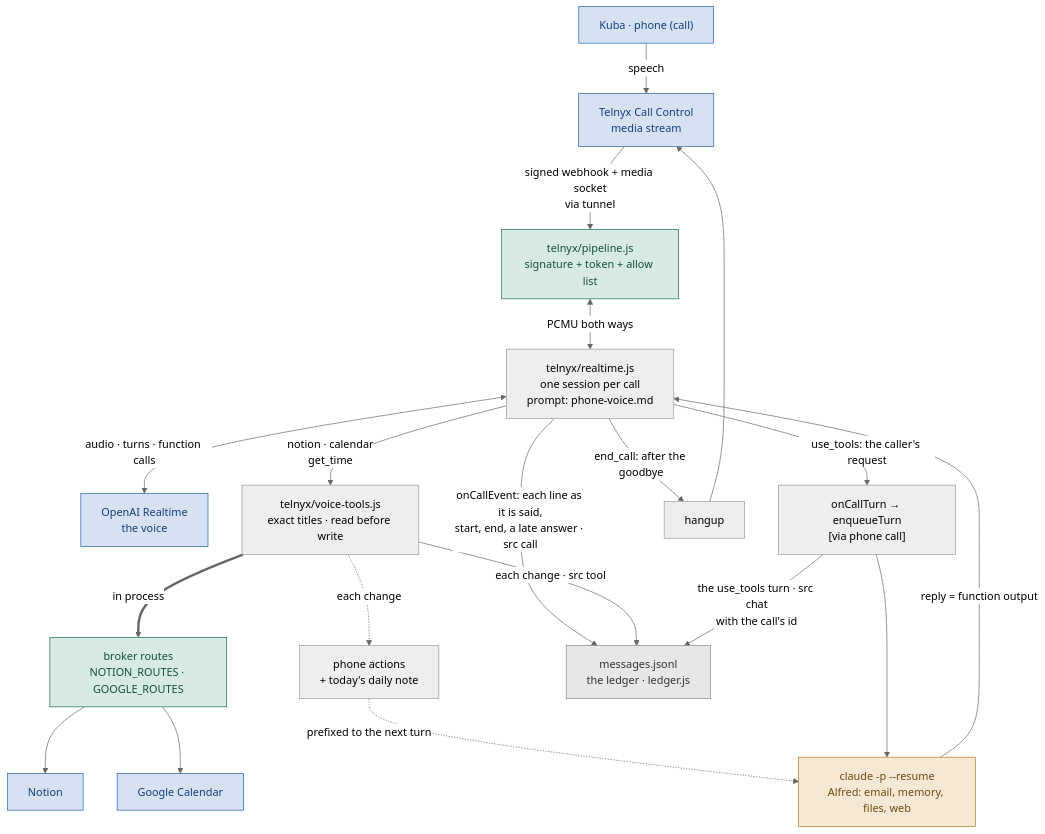
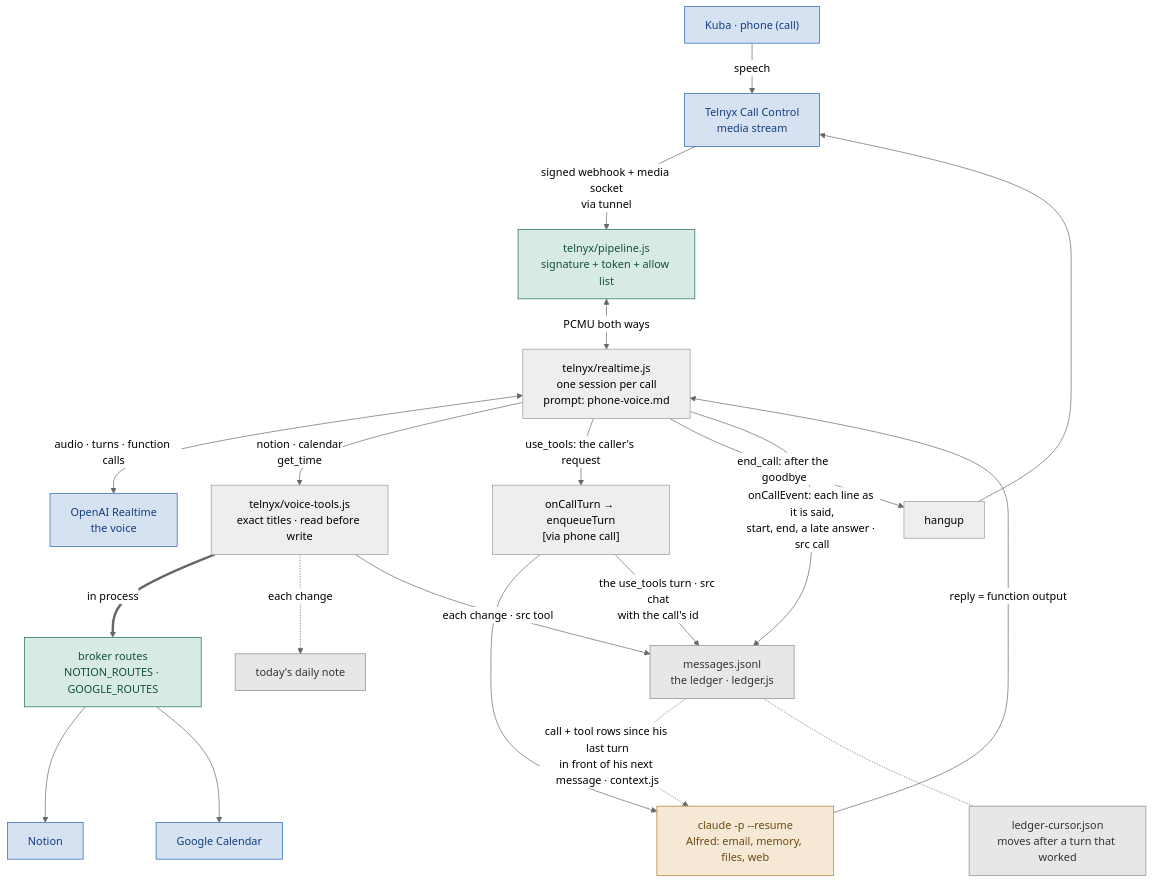
One commit to KubaJerz/alfred-node changed the second of 7 diagrams in SYSTEM-MAP.md. Above: the diagram before and after it, drawn with Mermaid (neutral theme). The commit also changed other lines of this file and 8 other files, not shown here.

````diff
--- a/SYSTEM-MAP.md
+++ b/SYSTEM-MAP.md
@@ -220,29 +221,30 @@
 ```mermaid
 flowchart TD
     CALL["Kuba · phone (call)"] -->|speech| CC["Telnyx Call Control<br/>media stream"]
     CC -->|"signed webhook + media socket<br/>via tunnel"| VP["telnyx/pipeline.js<br/>signature + token + allow list"]
     VP <-->|"PCMU both ways"| RT["telnyx/realtime.js<br/>one session per call<br/>prompt: phone-voice.md"]
     RT <-->|"audio · turns · function calls"| OA["OpenAI Realtime<br/>the voice"]
     RT -->|"notion · calendar<br/>get_time"| VT["telnyx/voice-tools.js<br/>exact titles · read before write"]
     VT ==>|"in process"| BR["broker routes<br/>NOTION_ROUTES · GOOGLE_ROUTES"]
     BR --> N["Notion"]
     BR --> G["Google Calendar"]
-    VT -.->|"each change"| NOTE["phone actions<br/>+ today's daily note"]
-    NOTE -.->|"prefixed to the next turn"| SPAWN
+    VT -.->|"each change"| NOTE["today's daily note"]
     RT -->|"use_tools: the caller's request"| Q["onCallTurn → enqueueTurn<br/>[via phone call]"]
     Q --> SPAWN["claude -p --resume<br/>Alfred: email, memory, files, web"]
     SPAWN -->|"reply = function output"| RT
     RT -->|"end_call: after the goodbye"| HU["hangup"]
     HU --> CC
     RT -->|"onCallEvent: each line as it is said,<br/>start, end, a late answer · src call"| LED["messages.jsonl<br/>the ledger · ledger.js"]
     VT -->|"each change · src tool"| LED
     Q -->|"the use_tools turn · src chat<br/>with the call's id"| LED
+    LED -.->|"call + tool rows since his last turn<br/>in front of his next message · context.js"| SPAWN
+    LED -.- CUR["ledger-cursor.json<br/>moves after a turn that worked"]
     classDef external fill:#d6e2f2,stroke:#1f5fb8,color:#123f7d
     classDef gateway fill:#d8ebe2,stroke:#1b6b52,color:#12503c
     classDef stack fill:#f5e8d5,stroke:#b07a2a,color:#6e4a12
     classDef store fill:#e7e7e7,stroke:#888,color:#333
     class CALL,CC,OA,N,G external
     class VP,BR gateway
     class SPAWN stack
-    class LED store
+    class LED,CUR,NOTE store
 ```
````
